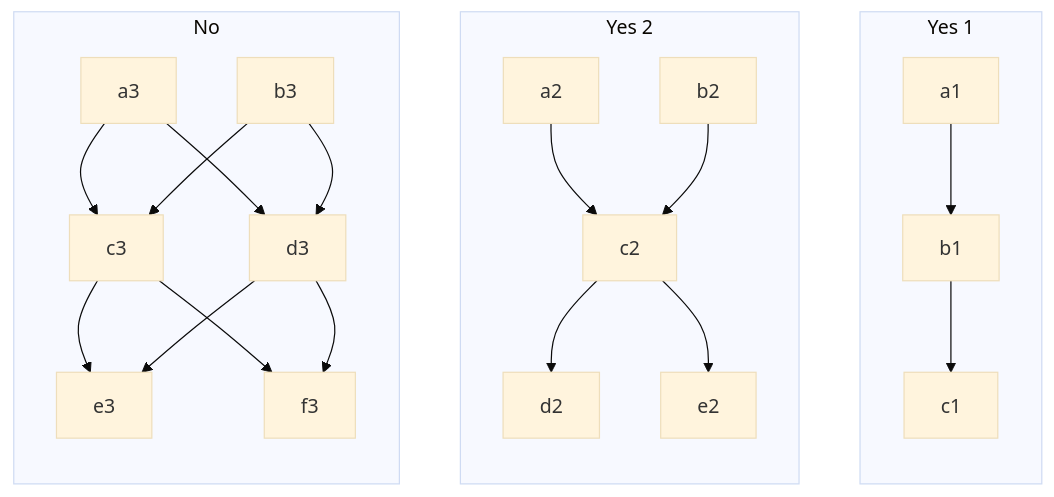
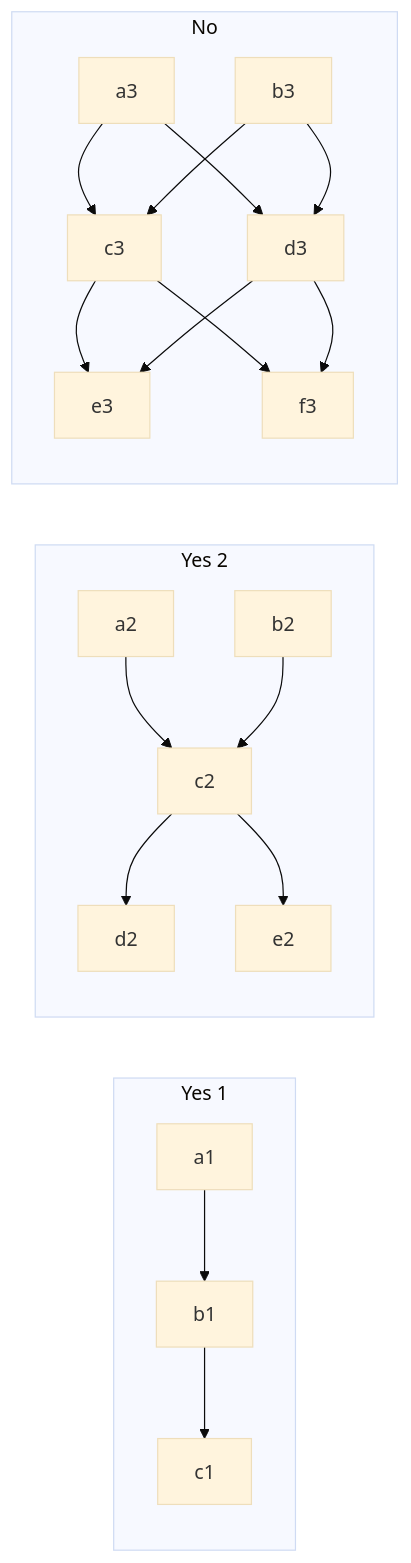
Before and after one commit to vczh-websites/vczh: diagram 12 of 17 in Blog/GLR-Refactoring/Mermaid.md, drawn with Mermaid (base theme).

````diff
--- a/Blog/GLR-Refactoring/Mermaid.md
+++ b/Blog/GLR-Refactoring/Mermaid.md
@@ -230,17 +230,17 @@
 ```mermaid
-graph TD
+graph LR
   subgraph Yes 1
     direction TB
     a1-->b1-->c1
   end
 
   subgraph Yes 2
     direction TB
     a2 & b2 --> c2 --> d2 & e2
   end
 
   subgraph No
     direction TB
     a3 & b3 --> c3 & d3 --> e3 & f3
   end
 ```
````
